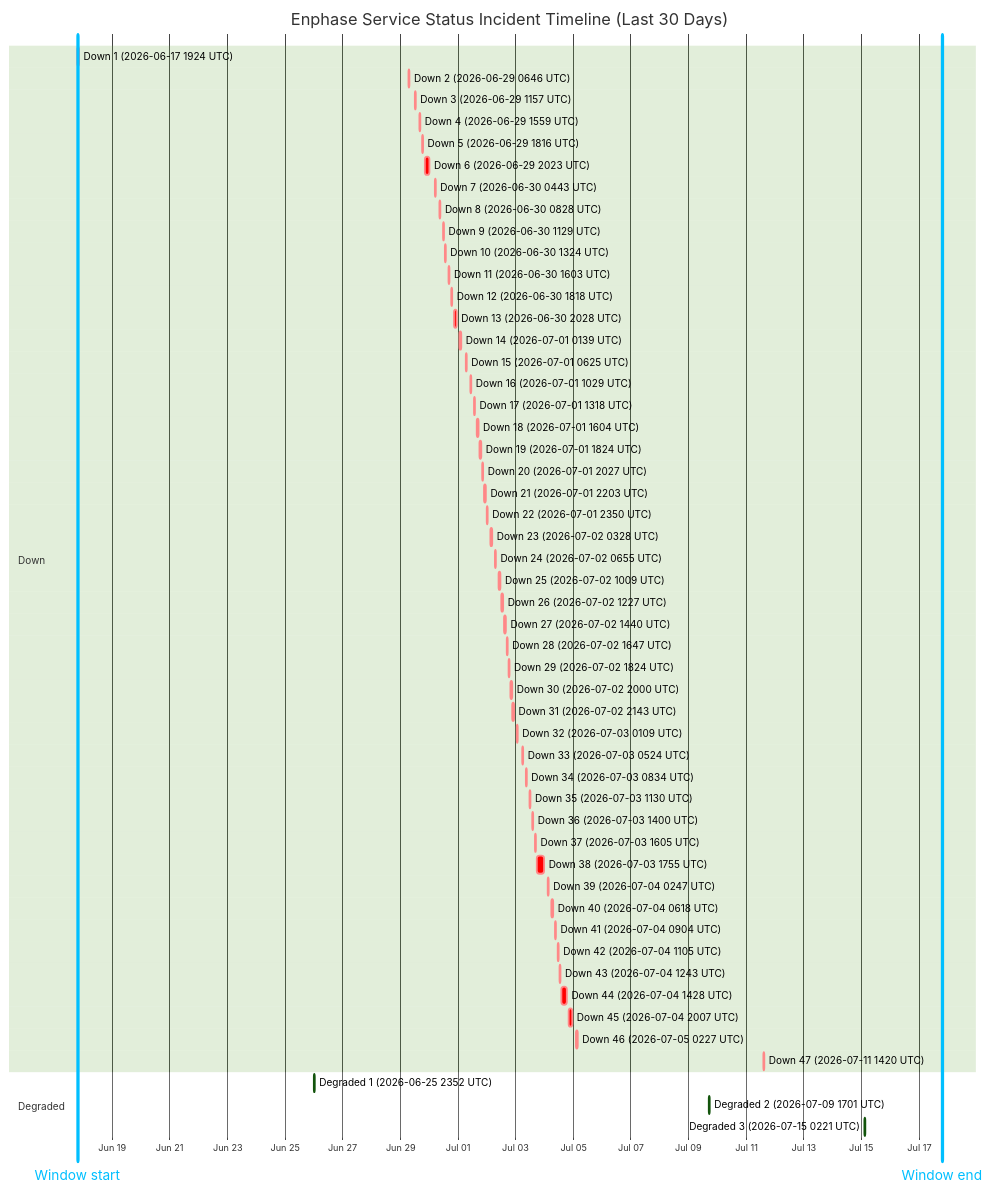
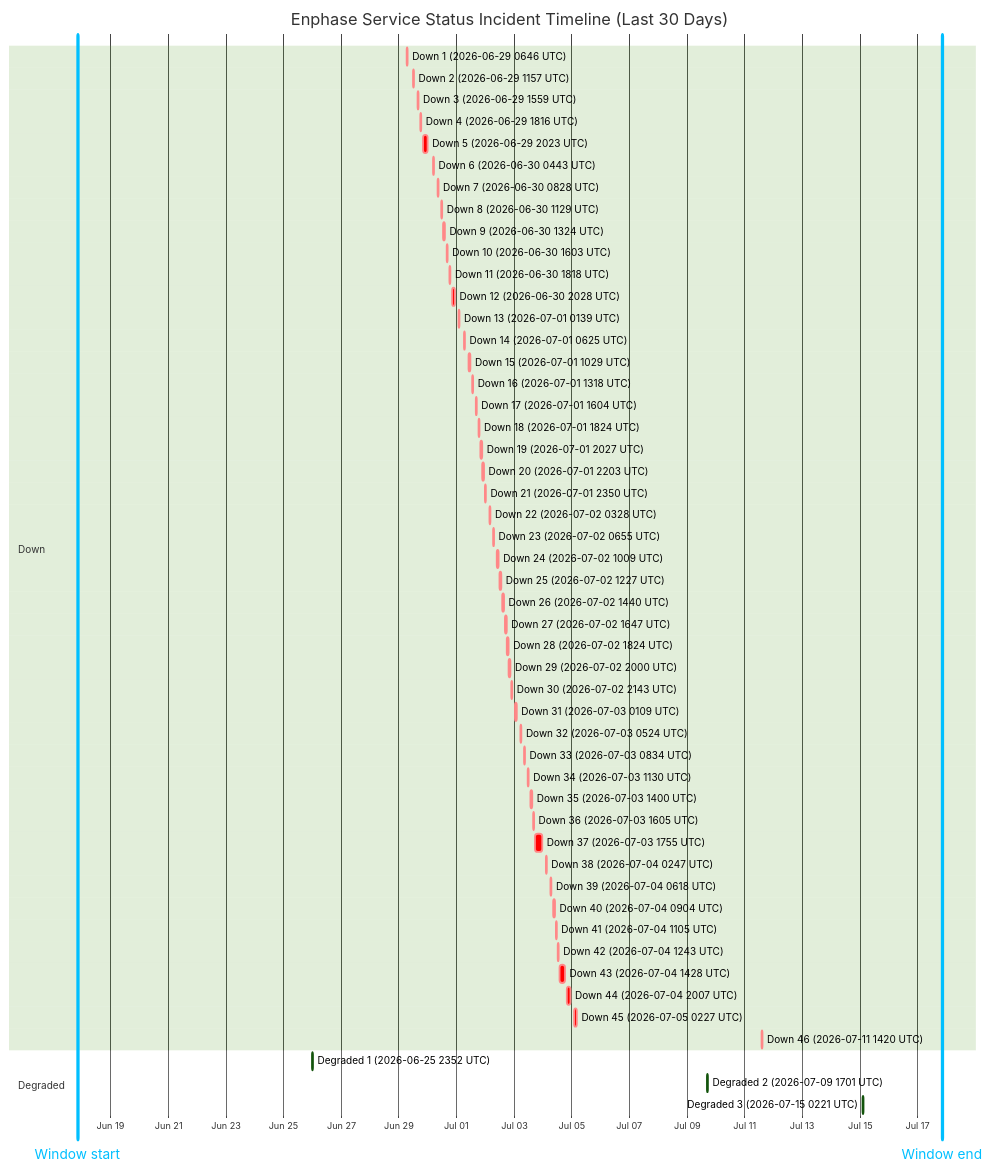
The diagram in wiki/Service-Status-History.md (barneyonline/ha-enphase-energy), drawn with Mermaid (forest theme) before and after one commit. The commit also changed other lines of this file and 3 other files, not shown here.

````diff
--- a/wiki/Service-Status-History.md
+++ b/wiki/Service-Status-History.md
@@ -14,60 +14,59 @@
 ```mermaid
 gantt
     title Enphase Service Status Incident Timeline (Last 30 Days)
     dateFormat  YYYY-MM-DDTHH:mm:ss
     axisFormat  %b %d
-    Window start :vert, window-start, 2026-06-17T19:05:13, 0ms
-    Window end :vert, window-end, 2026-07-17T19:05:13, 0ms
+    Window start :vert, window-start, 2026-06-17T20:26:37, 0ms
+    Window end :vert, window-end, 2026-07-17T20:26:37, 0ms
     section Down
-    Down 1 (2026-06-17 1924 UTC) :crit, down-1, 2026-06-17T19:24:51, 60m
-    Down 2 (2026-06-29 0646 UTC) :crit, down-2, 2026-06-29T06:46:18, 60m
-    Down 3 (2026-06-29 1157 UTC) :crit, down-3, 2026-06-29T11:57:36, 60m
-    Down 4 (2026-06-29 1559 UTC) :crit, down-4, 2026-06-29T15:59:02, 60m
-    Down 5 (2026-06-29 1816 UTC) :crit, down-5, 2026-06-29T18:16:38, 60m
-    Down 6 (2026-06-29 2023 UTC) :crit, down-6, 2026-06-29T20:23:16, 220m
-    Down 7 (2026-06-30 0443 UTC) :crit, down-7, 2026-06-30T04:43:54, 60m
-    Down 8 (2026-06-30 0828 UTC) :crit, down-8, 2026-06-30T08:28:43, 60m
-    Down 9 (2026-06-30 1129 UTC) :crit, down-9, 2026-06-30T11:29:15, 60m
-    Down 10 (2026-06-30 1324 UTC) :crit, down-10, 2026-06-30T13:24:25, 60m
-    Down 11 (2026-06-30 1603 UTC) :crit, down-11, 2026-06-30T16:03:26, 60m
-    Down 12 (2026-06-30 1818 UTC) :crit, down-12, 2026-06-30T18:18:39, 60m
-    Down 13 (2026-06-30 2028 UTC) :crit, down-13, 2026-06-30T20:28:54, 171m
-    Down 14 (2026-07-01 0139 UTC) :crit, down-14, 2026-07-01T01:39:18, 60m
-    Down 15 (2026-07-01 0625 UTC) :crit, down-15, 2026-07-01T06:25:35, 60m
-    Down 16 (2026-07-01 1029 UTC) :crit, down-16, 2026-07-01T10:29:24, 60m
-    Down 17 (2026-07-01 1318 UTC) :crit, down-17, 2026-07-01T13:18:31, 60m
-    Down 18 (2026-07-01 1604 UTC) :crit, down-18, 2026-07-01T16:04:29, 60m
-    Down 19 (2026-07-01 1824 UTC) :crit, down-19, 2026-07-01T18:24:21, 60m
-    Down 20 (2026-07-01 2027 UTC) :crit, down-20, 2026-07-01T20:27:17, 60m
-    Down 21 (2026-07-01 2203 UTC) :crit, down-21, 2026-07-01T22:03:46, 60m
-    Down 22 (2026-07-01 2350 UTC) :crit, down-22, 2026-07-01T23:50:52, 60m
-    Down 23 (2026-07-02 0328 UTC) :crit, down-23, 2026-07-02T03:28:33, 60m
-    Down 24 (2026-07-02 0655 UTC) :crit, down-24, 2026-07-02T06:55:07, 60m
-    Down 25 (2026-07-02 1009 UTC) :crit, down-25, 2026-07-02T10:09:15, 60m
-    Down 26 (2026-07-02 1227 UTC) :crit, down-26, 2026-07-02T12:27:49, 60m
-    Down 27 (2026-07-02 1440 UTC) :crit, down-27, 2026-07-02T14:40:53, 60m
-    Down 28 (2026-07-02 1647 UTC) :crit, down-28, 2026-07-02T16:47:47, 60m
-    Down 29 (2026-07-02 1824 UTC) :crit, down-29, 2026-07-02T18:24:26, 60m
-    Down 30 (2026-07-02 2000 UTC) :crit, down-30, 2026-07-02T20:00:57, 60m
-    Down 31 (2026-07-02 2143 UTC) :crit, down-31, 2026-07-02T21:43:52, 80m
-    Down 32 (2026-07-03 0109 UTC) :crit, down-32, 2026-07-03T01:09:19, 60m
-    Down 33 (2026-07-03 0524 UTC) :crit, down-33, 2026-07-03T05:24:23, 60m
-    Down 34 (2026-07-03 0834 UTC) :crit, down-34, 2026-07-03T08:34:05, 60m
-    Down 35 (2026-07-03 1130 UTC) :crit, down-35, 2026-07-03T11:30:41, 60m
-    Down 36 (2026-07-03 1400 UTC) :crit, down-36, 2026-07-03T14:00:48, 60m
-    Down 37 (2026-07-03 1605 UTC) :crit, down-37, 2026-07-03T16:05:49, 60m
-    Down 38 (2026-07-03 1755 UTC) :crit, down-38, 2026-07-03T17:55:54, 338m
-    Down 39 (2026-07-04 0247 UTC) :crit, down-39, 2026-07-04T02:47:22, 60m
-    Down 40 (2026-07-04 0618 UTC) :crit, down-40, 2026-07-04T06:18:09, 60m
-    Down 41 (2026-07-04 0904 UTC) :crit, down-41, 2026-07-04T09:04:41, 60m
-    Down 42 (2026-07-04 1105 UTC) :crit, down-42, 2026-07-04T11:05:21, 60m
-    Down 43 (2026-07-04 1243 UTC) :crit, down-43, 2026-07-04T12:43:25, 60m
-    Down 44 (2026-07-04 1428 UTC) :crit, down-44, 2026-07-04T14:28:07, 243m
-    Down 45 (2026-07-04 2007 UTC) :crit, down-45, 2026-07-04T20:07:50, 206m
-    Down 46 (2026-07-05 0227 UTC) :crit, down-46, 2026-07-05T02:27:32, 109m
-    Down 47 (2026-07-11 1420 UTC) :crit, down-47, 2026-07-11T14:20:54, 69m
+    Down 1 (2026-06-29 0646 UTC) :crit, down-1, 2026-06-29T06:46:18, 60m
+    Down 2 (2026-06-29 1157 UTC) :crit, down-2, 2026-06-29T11:57:36, 60m
+    Down 3 (2026-06-29 1559 UTC) :crit, down-3, 2026-06-29T15:59:02, 60m
+    Down 4 (2026-06-29 1816 UTC) :crit, down-4, 2026-06-29T18:16:38, 60m
+    Down 5 (2026-06-29 2023 UTC) :crit, down-5, 2026-06-29T20:23:16, 220m
+    Down 6 (2026-06-30 0443 UTC) :crit, down-6, 2026-06-30T04:43:54, 60m
+    Down 7 (2026-06-30 0828 UTC) :crit, down-7, 2026-06-30T08:28:43, 60m
+    Down 8 (2026-06-30 1129 UTC) :crit, down-8, 2026-06-30T11:29:15, 60m
+    Down 9 (2026-06-30 1324 UTC) :crit, down-9, 2026-06-30T13:24:25, 60m
+    Down 10 (2026-06-30 1603 UTC) :crit, down-10, 2026-06-30T16:03:26, 60m
+    Down 11 (2026-06-30 1818 UTC) :crit, down-11, 2026-06-30T18:18:39, 60m
+    Down 12 (2026-06-30 2028 UTC) :crit, down-12, 2026-06-30T20:28:54, 171m
+    Down 13 (2026-07-01 0139 UTC) :crit, down-13, 2026-07-01T01:39:18, 60m
+    Down 14 (2026-07-01 0625 UTC) :crit, down-14, 2026-07-01T06:25:35, 60m
+    Down 15 (2026-07-01 1029 UTC) :crit, down-15, 2026-07-01T10:29:24, 60m
+    Down 16 (2026-07-01 1318 UTC) :crit, down-16, 2026-07-01T13:18:31, 60m
+    Down 17 (2026-07-01 1604 UTC) :crit, down-17, 2026-07-01T16:04:29, 60m
+    Down 18 (2026-07-01 1824 UTC) :crit, down-18, 2026-07-01T18:24:21, 60m
+    Down 19 (2026-07-01 2027 UTC) :crit, down-19, 2026-07-01T20:27:17, 60m
+    Down 20 (2026-07-01 2203 UTC) :crit, down-20, 2026-07-01T22:03:46, 60m
+    Down 21 (2026-07-01 2350 UTC) :crit, down-21, 2026-07-01T23:50:52, 60m
+    Down 22 (2026-07-02 0328 UTC) :crit, down-22, 2026-07-02T03:28:33, 60m
+    Down 23 (2026-07-02 0655 UTC) :crit, down-23, 2026-07-02T06:55:07, 60m
+    Down 24 (2026-07-02 1009 UTC) :crit, down-24, 2026-07-02T10:09:15, 60m
+    Down 25 (2026-07-02 1227 UTC) :crit, down-25, 2026-07-02T12:27:49, 60m
+    Down 26 (2026-07-02 1440 UTC) :crit, down-26, 2026-07-02T14:40:53, 60m
+    Down 27 (2026-07-02 1647 UTC) :crit, down-27, 2026-07-02T16:47:47, 60m
+    Down 28 (2026-07-02 1824 UTC) :crit, down-28, 2026-07-02T18:24:26, 60m
+    Down 29 (2026-07-02 2000 UTC) :crit, down-29, 2026-07-02T20:00:57, 60m
+    Down 30 (2026-07-02 2143 UTC) :crit, down-30, 2026-07-02T21:43:52, 80m
+    Down 31 (2026-07-03 0109 UTC) :crit, down-31, 2026-07-03T01:09:19, 60m
+    Down 32 (2026-07-03 0524 UTC) :crit, down-32, 2026-07-03T05:24:23, 60m
+    Down 33 (2026-07-03 0834 UTC) :crit, down-33, 2026-07-03T08:34:05, 60m
+    Down 34 (2026-07-03 1130 UTC) :crit, down-34, 2026-07-03T11:30:41, 60m
+    Down 35 (2026-07-03 1400 UTC) :crit, down-35, 2026-07-03T14:00:48, 60m
+    Down 36 (2026-07-03 1605 UTC) :crit, down-36, 2026-07-03T16:05:49, 60m
+    Down 37 (2026-07-03 1755 UTC) :crit, down-37, 2026-07-03T17:55:54, 338m
+    Down 38 (2026-07-04 0247 UTC) :crit, down-38, 2026-07-04T02:47:22, 60m
+    Down 39 (2026-07-04 0618 UTC) :crit, down-39, 2026-07-04T06:18:09, 60m
+    Down 40 (2026-07-04 0904 UTC) :crit, down-40, 2026-07-04T09:04:41, 60m
+    Down 41 (2026-07-04 1105 UTC) :crit, down-41, 2026-07-04T11:05:21, 60m
+    Down 42 (2026-07-04 1243 UTC) :crit, down-42, 2026-07-04T12:43:25, 60m
+    Down 43 (2026-07-04 1428 UTC) :crit, down-43, 2026-07-04T14:28:07, 243m
+    Down 44 (2026-07-04 2007 UTC) :crit, down-44, 2026-07-04T20:07:50, 206m
+    Down 45 (2026-07-05 0227 UTC) :crit, down-45, 2026-07-05T02:27:32, 109m
+    Down 46 (2026-07-11 1420 UTC) :crit, down-46, 2026-07-11T14:20:54, 69m
     section Degraded
     Degraded 1 (2026-06-25 2352 UTC) :active, degraded-1, 2026-06-25T23:52:01, 60m
     Degraded 2 (2026-07-09 1701 UTC) :active, degraded-2, 2026-07-09T17:01:02, 60m
     Degraded 3 (2026-07-15 0221 UTC) :active, degraded-3, 2026-07-15T02:21:35, 60m
 ```
````
